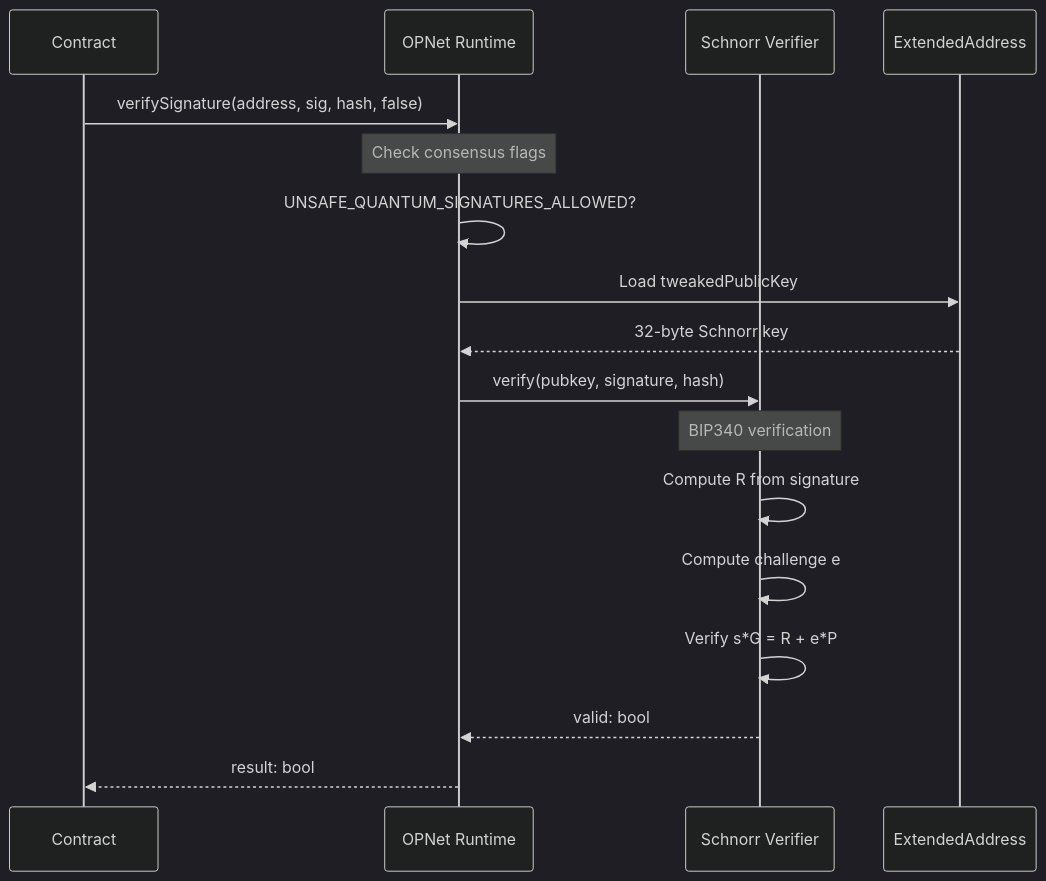
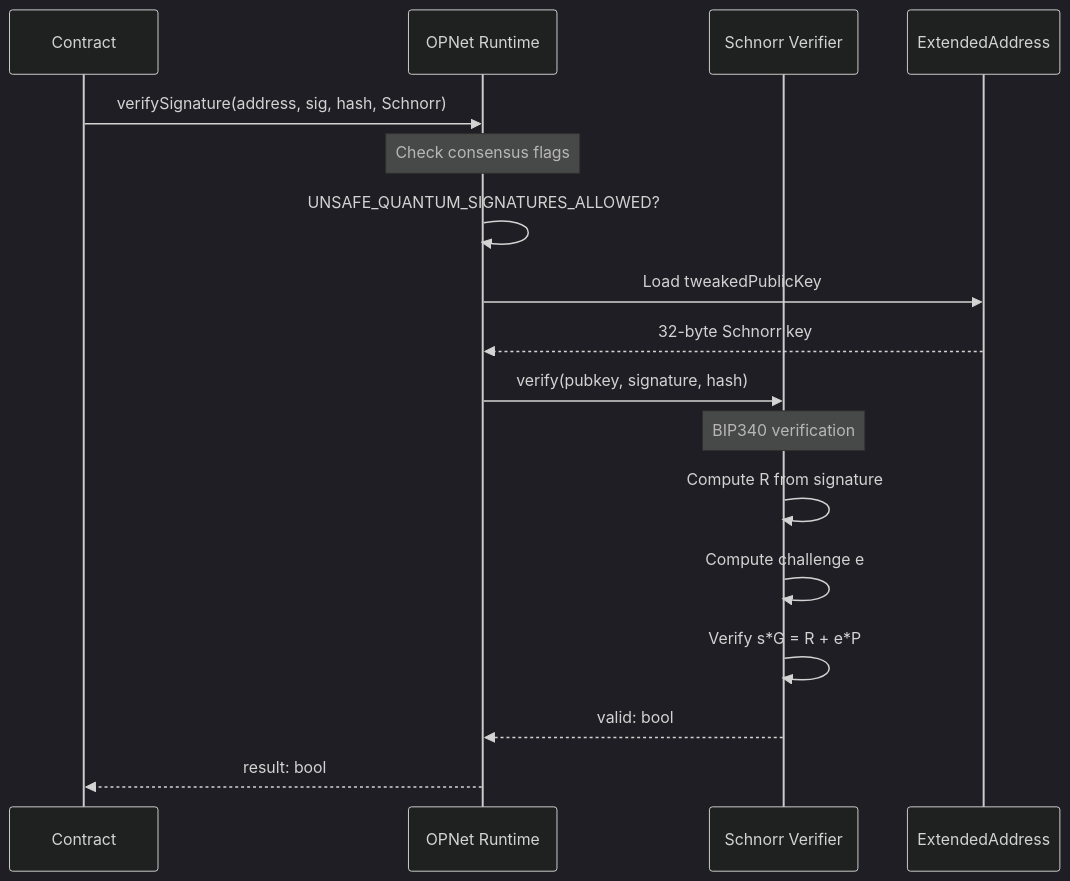
The second of 4 diagrams in docs/advanced/signature-verification.md (btc-vision/btc-runtime), drawn with Mermaid before and after one commit. The commit also changed other lines of this file and 4 other files, not shown here.

````diff
--- a/docs/advanced/signature-verification.md
+++ b/docs/advanced/signature-verification.md
@@ -88,27 +114,27 @@
 ```mermaid
 ---
 config:
   theme: dark
 ---
 sequenceDiagram
     participant Contract as Contract
     participant Blockchain as OPNet Runtime
     participant SchnorrVerifier as Schnorr Verifier
     participant ExtendedAddress as ExtendedAddress
 
-    Contract->>Blockchain: verifySignature(address, sig, hash, false)
+    Contract->>Blockchain: verifySignature(address, sig, hash, Schnorr)
     Note over Blockchain: Check consensus flags
     Blockchain->>Blockchain: UNSAFE_QUANTUM_SIGNATURES_ALLOWED?
 
     Blockchain->>ExtendedAddress: Load tweakedPublicKey
     ExtendedAddress-->>Blockchain: 32-byte Schnorr key
 
     Blockchain->>SchnorrVerifier: verify(pubkey, signature, hash)
     Note over SchnorrVerifier: BIP340 verification
     SchnorrVerifier->>SchnorrVerifier: Compute R from signature
     SchnorrVerifier->>SchnorrVerifier: Compute challenge e
     SchnorrVerifier->>SchnorrVerifier: Verify s*G = R + e*P
 
     SchnorrVerifier-->>Blockchain: valid: bool
     Blockchain-->>Contract: result: bool
 ```
````
